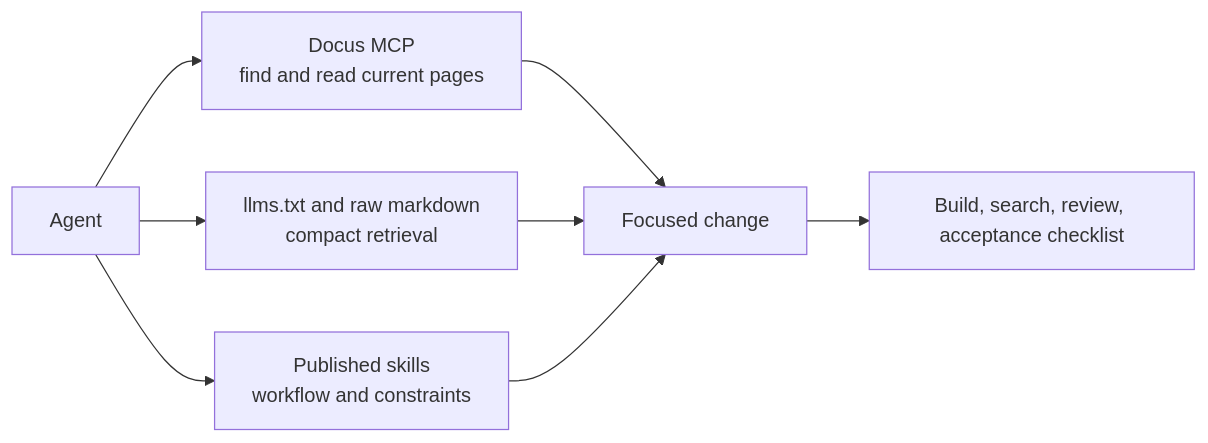
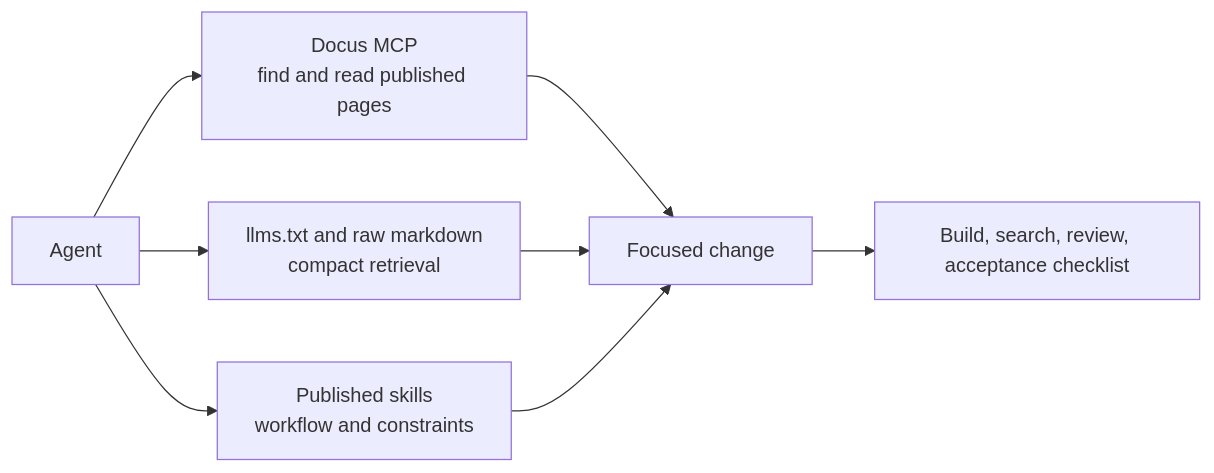
Before and after one commit to happydesigns/docs: the diagram in content/en/6.ai/1.overview.md, drawn with Mermaid. The commit also changed other lines of this file and 27 other files, not shown here.

````diff
--- a/content/en/6.ai/1.overview.md
+++ b/content/en/6.ai/1.overview.md
@@ -14,10 +14,10 @@
 ```mermaid
 flowchart LR
-  Agent["Agent"] --> MCP["Docus MCP<br/>find and read current pages"]
+  Agent["Agent"] --> MCP["Docus MCP<br/>find and read published pages"]
   Agent --> LLM["llms.txt and raw markdown<br/>compact retrieval"]
   Agent --> Skills["Published skills<br/>workflow and constraints"]
   MCP --> Change["Focused change"]
   LLM --> Change
   Skills --> Change
   Change --> Checks["Build, search, review, acceptance checklist"]
 ```
````
